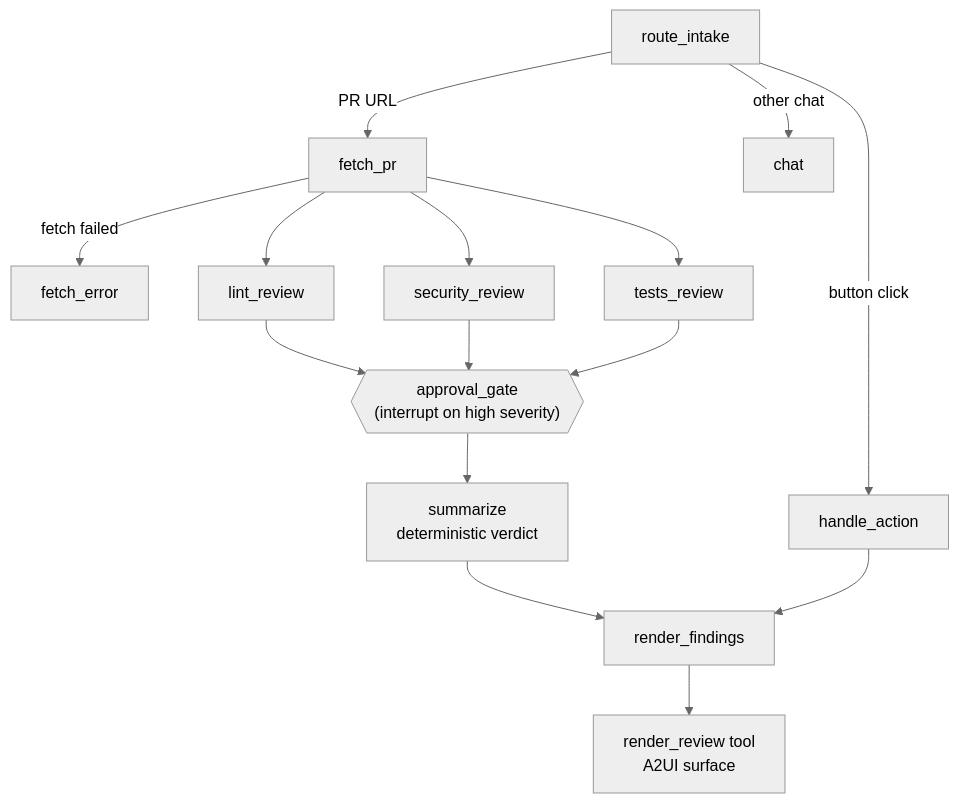
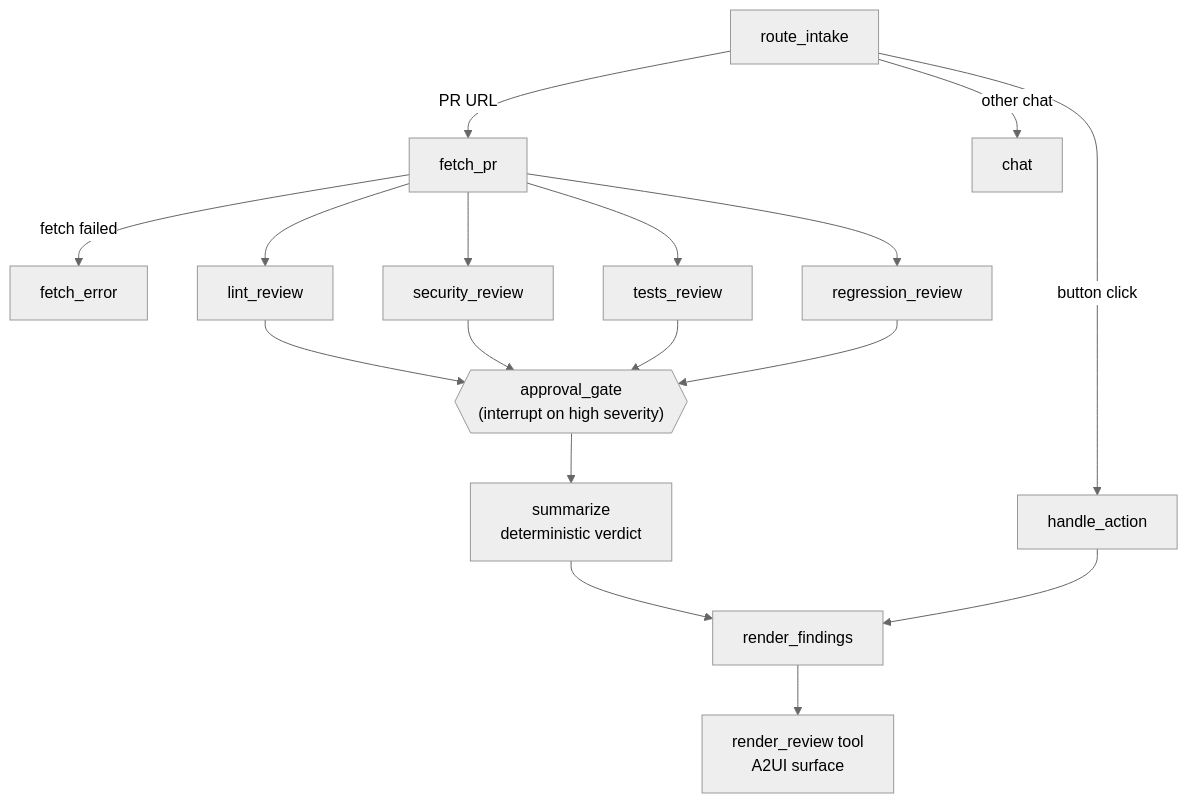
The diagram in README.md (pshashanka/review-deck), drawn with Mermaid (neutral theme) before and after one commit. The commit also changed other lines of this file and 17 other files, not shown here.

````diff
--- a/README.md
+++ b/README.md
@@ -7,17 +7,19 @@
 ```mermaid
 flowchart TD
     A[route_intake] -->|PR URL| B[fetch_pr]
     A -->|button click| H[handle_action]
     A -->|other chat| C[chat]
     B -->|fetch failed| E[fetch_error]
     B --> L[lint_review]
     B --> S[security_review]
     B --> T[tests_review]
+    B --> X[regression_review]
     L --> G{{"approval_gate<br/>(interrupt on high severity)"}}
     S --> G
     T --> G
+    X --> G
     G --> M[summarize<br/>deterministic verdict]
     M --> R[render_findings]
     H --> R
     R --> U[render_review tool<br/>A2UI surface]
 ```
````
